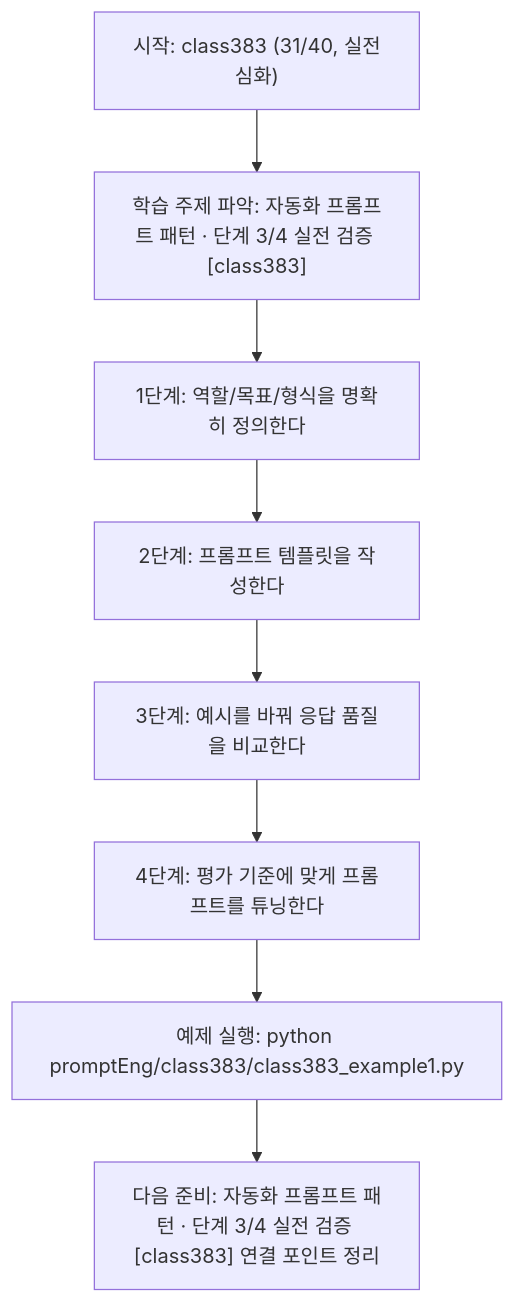
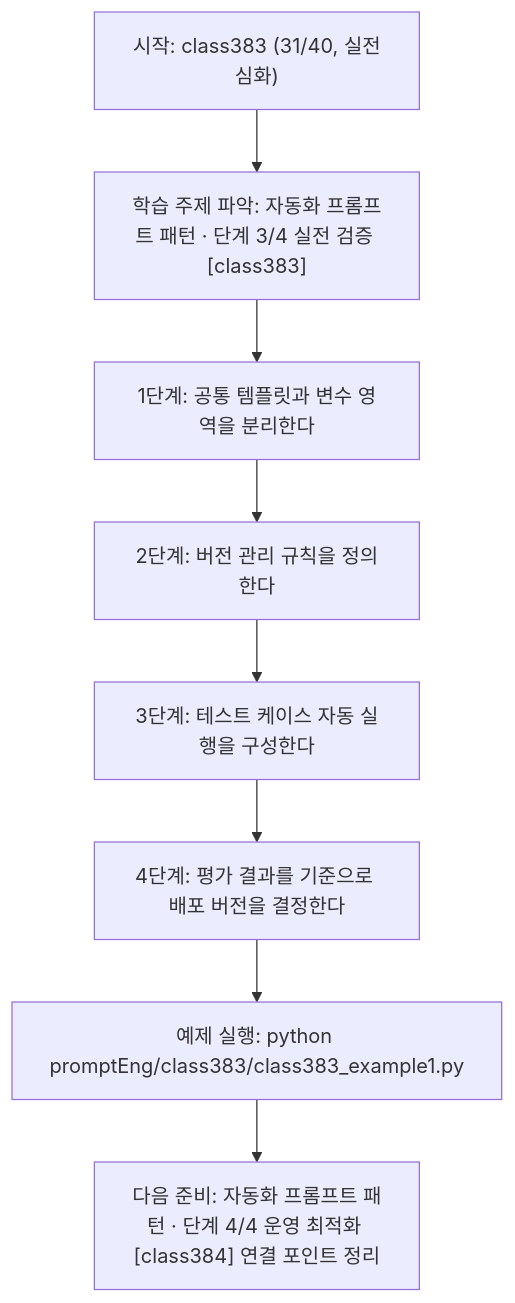
The diagram in promptEng/class383/class383.md (edumgt/Python-AI_Agent-Class), drawn with Mermaid before and after one commit. The commit also changed other lines of this file and 283 other files, not shown here.

````diff
--- a/promptEng/class383/class383.md
+++ b/promptEng/class383/class383.md
@@ -110,18 +91,18 @@
 ```mermaid
 flowchart TD
 N1["시작: class383 (31/40, 실전심화)"]
 N2["학습 주제 파악: 자동화 프롬프트 패턴 · 단계 3/4 실전 검증 [class383]"]
-N3["1단계: 역할/목표/형식을 명확히 정의한다"]
-N4["2단계: 프롬프트 템플릿을 작성한다"]
-N5["3단계: 예시를 바꿔 응답 품질을 비교한다"]
-N6["4단계: 평가 기준에 맞게 프롬프트를 튜닝한다"]
+N3["1단계: 공통 템플릿과 변수 영역을 분리한다"]
+N4["2단계: 버전 관리 규칙을 정의한다"]
+N5["3단계: 테스트 케이스 자동 실행을 구성한다"]
+N6["4단계: 평가 결과를 기준으로 배포 버전을 결정한다"]
 N7["예제 실행: python promptEng/class383/class383_example1.py"]
-N8["다음 준비: 자동화 프롬프트 패턴 · 단계 3/4 실전 검증 [class383] 연결 포인트 정리"]
+N8["다음 준비: 자동화 프롬프트 패턴 · 단계 4/4 운영 최적화 [class384] 연결 포인트 정리"]
 N1 --> N2
 N2 --> N3
 N3 --> N4
 N4 --> N5
 N5 --> N6
 N6 --> N7
 N7 --> N8
 ```
````
